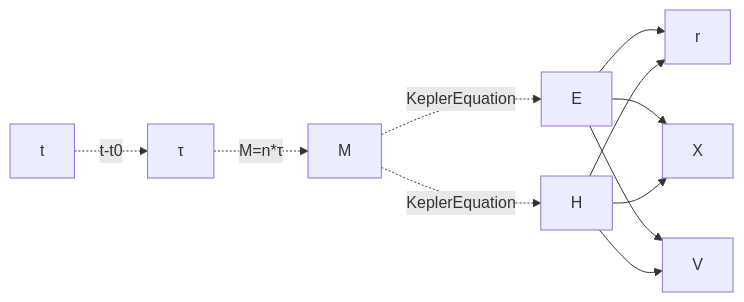
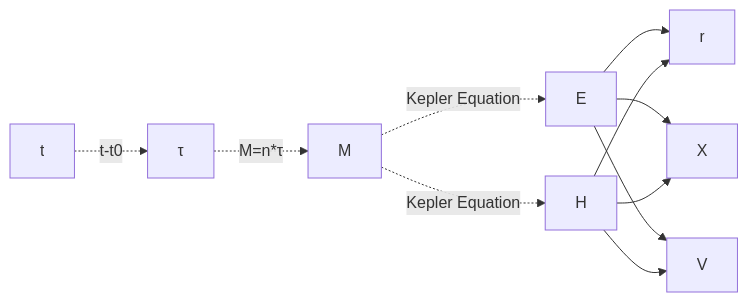
Before and after one commit to StellarWarp/RestrictedGravitySimulation: the third of 4 diagrams in README.md, drawn with Mermaid. The commit also changed other lines of this file, not shown here.

````diff
--- a/README.md
+++ b/README.md
@@ -378,6 +582,6 @@
 ```mermaid
 graph LR
-    t-.t-t0.->τ-.M=n*τ.->M-.KeplerEquation.->E & H
+    t-.t-t0.->τ-.M=n*τ.->M-.Kepler Equation.->E & H
     E & H-->r & X & V
 
 ```
````
